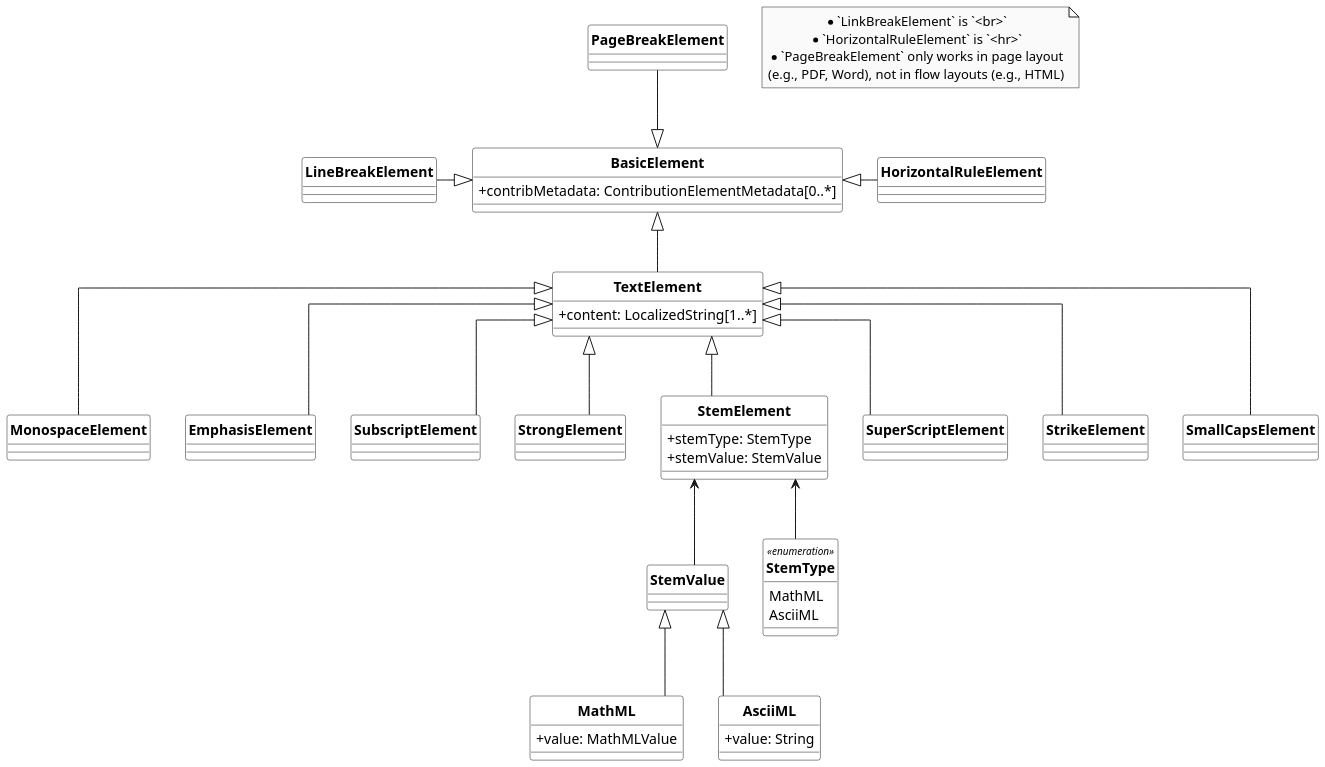
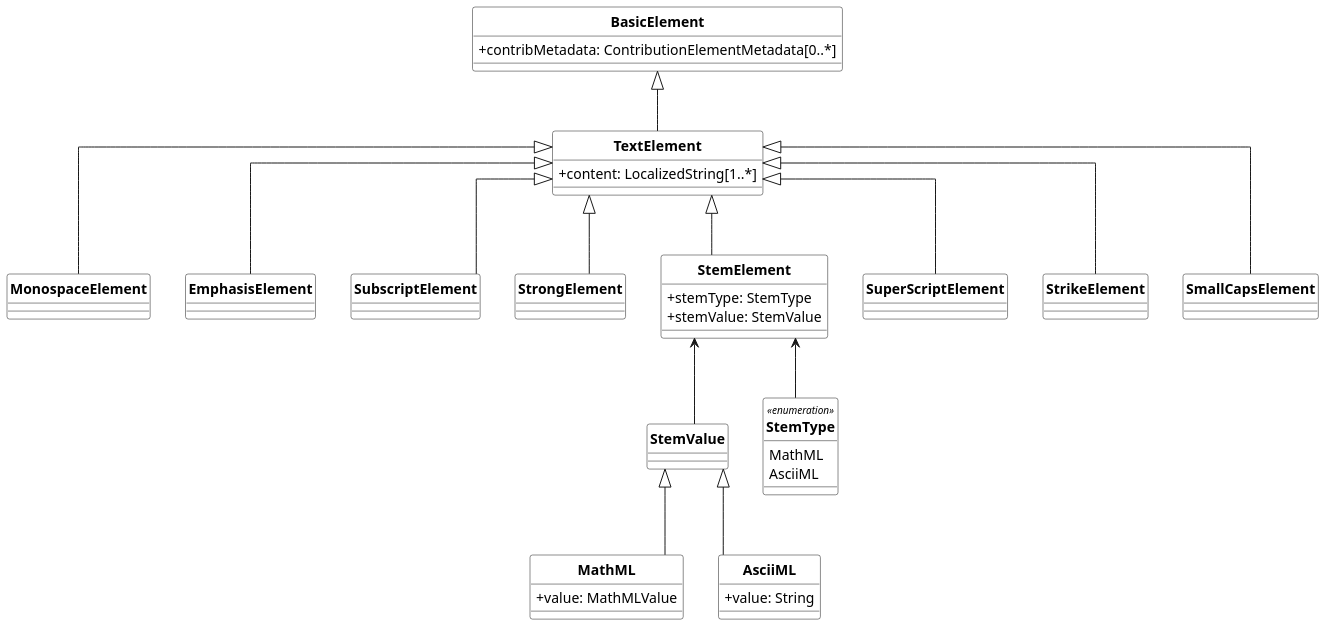
The diagram in basicdoc_uml/TextElements.wsd (CalConnect/csd-standard-doc), drawn with PlantUML before and after one commit. The commit also changed 9 other files, not shown here.

```diff
--- a/basicdoc_uml/TextElements.wsd
+++ b/basicdoc_uml/TextElements.wsd
@@ -1,153 +1,134 @@
 @startuml TextElements
 /'
 Diagram:        TextElements
 DateCreate:     28/07/2018
 Description:    BasicDocument / SecureDoc is a family of document models that forms the basis of Metanorma IsoDoc (via Metanorma StandardDocument), which is used to represent ISO Standards and similarly structured standards.
                 It is also the document model that Selagraph operates on.
                 The Relaton Bibliography UML models used in these models are located here: Relaton BibModels.
                 BasicDocument itself is a document model that can serve as a transit data structure for document conversion, such as taking input from AsciiDoc or Markdown and converting them into an output format, such as Metanorma IsoDoc
 
 Hystory of changes:
 > 22/08/2018
     - diagram configuration updated
     - new classes are added "MonospaceElement"
     - some relations between elements are updated
 '/
 
 '******* CONFIGURATION ************************************************
 skinparam classAttributeIconSize 0
 skinparam Dpi 150
 skinparam Monochrome true
 skinparam LineType ortho
 hide circle
 /' skinparam CircledCharacterRadius 0 '/
 /' skinparam CircledCharacterFontSize 0 '/
 skinparam Default {
 TextAlignment center
 FontName Helvetica
 }
 skinparam Class {
 AttributeIconSize 0
 BackgroundColor White
 FontStyle bold
 StereotypeFontSize 10
 }
 skinparam Rectangle {
 BackgroundColor White
 FontStyle bold
 FontSize 11
 StereotypeFontSize 10
 }
 skinparam Object {
 BackgroundColor White
 FontStyle bold
 FontSize 11
 StereotypeFontSize 10
 }
 
 skinparam Entity {
 StereotypeFontSize 10
 }
 
 
 '******* CLASS DEFINITION *********************************************
 class BasicElement {
     +contribMetadata: ContributionElementMetadata[0..*]
 }
 
 class TextElement{
     +content: LocalizedString[1..*]
 }
 
-class PageBreakElement{
-
-}
-
-class LineBreakElement{
-    
-}
-
-class HorizontalRuleElement{
-    
-}
-
 class MonospaceElement{
     
 }
 
 class EmphasisElement{
     
 }
 
 class SubscriptElement{
     
 }
 
 class StrongElement{
     
 }
 
 class StemElement{
     +stemType: StemType
     +stemValue: StemValue
 }
 
 class SuperScriptElement{
     
 }
 
 class StrikeElement{
     
 }
 
 class SmallCapsElement{
     
 }
 
 class StemValue{
     
 }
 
 class MathML{
     +value: MathMLValue
 }
 
 class AsciiML{
     +value: String
 }
 
 enum StemType <<enumeration>>{
     MathML
     AsciiML
 }
 
 
 
 
-'******* NOTES *******************************************************
-note "* `LinkBreakElement` is `<br>`\n* `HorizontalRuleElement` is `<hr>`\n* `PageBreakElement` only works in page layout\n(e.g., PDF, Word), not in flow layouts (e.g., HTML)" as N1
-
-
 '******* CLASS RELATIONS *********************************************
-BasicElement <|-up- PageBreakElement
-BasicElement <|-left- LineBreakElement
-BasicElement <|-right- HorizontalRuleElement
 BasicElement <|-down- TextElement
 
 TextElement <|-- MonospaceElement
 TextElement <|-- EmphasisElement
 TextElement <|-- SubscriptElement
 TextElement <|-- StrongElement
 TextElement <|-- StemElement
 
 StemElement <-- StemType
 StemElement <-- StemValue
 
 StemValue <|-- MathML
 StemValue <|-- AsciiML
 
 TextElement <|-- SuperScriptElement
 TextElement <|-- StrikeElement
 TextElement <|-- SmallCapsElement
 
 @enduml
```
